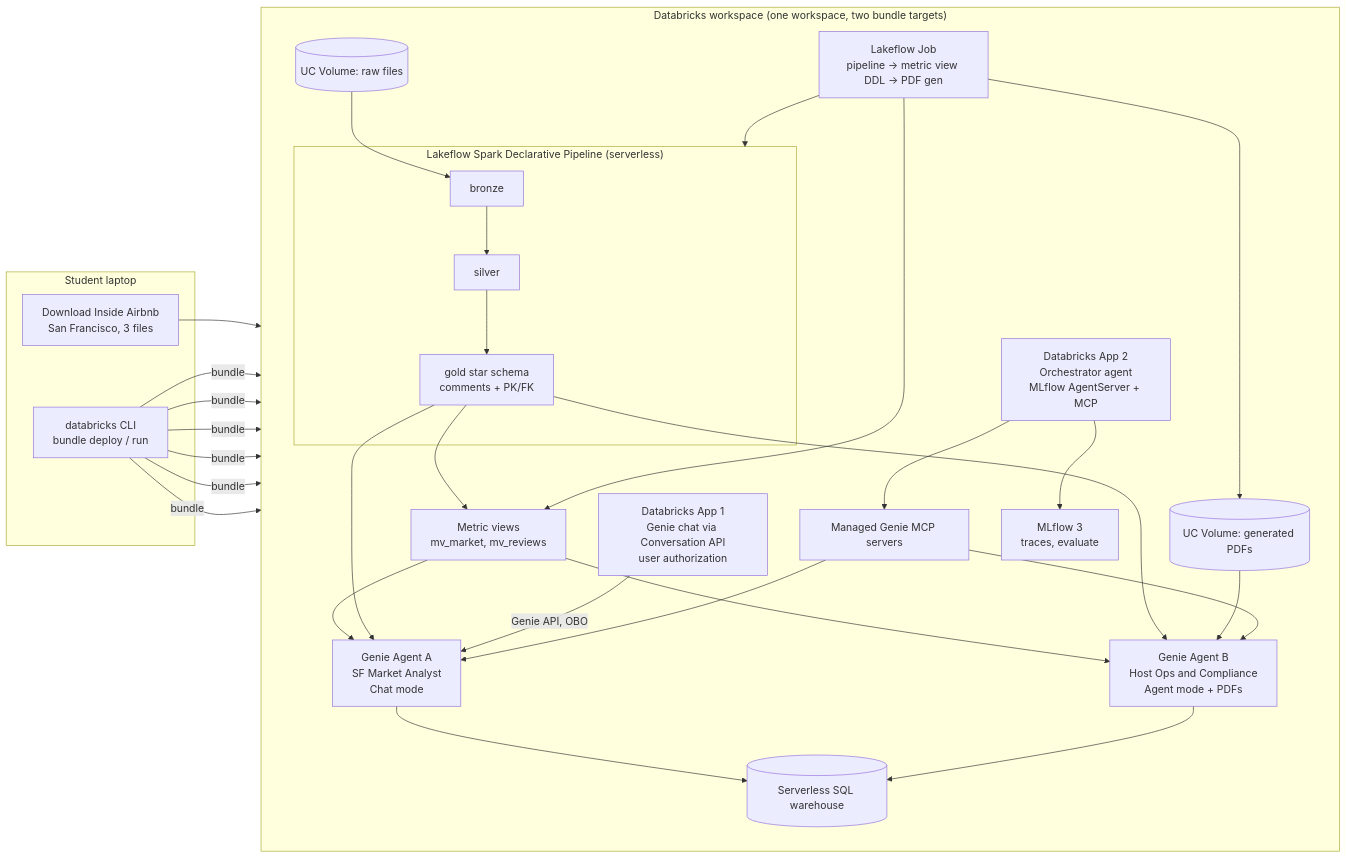
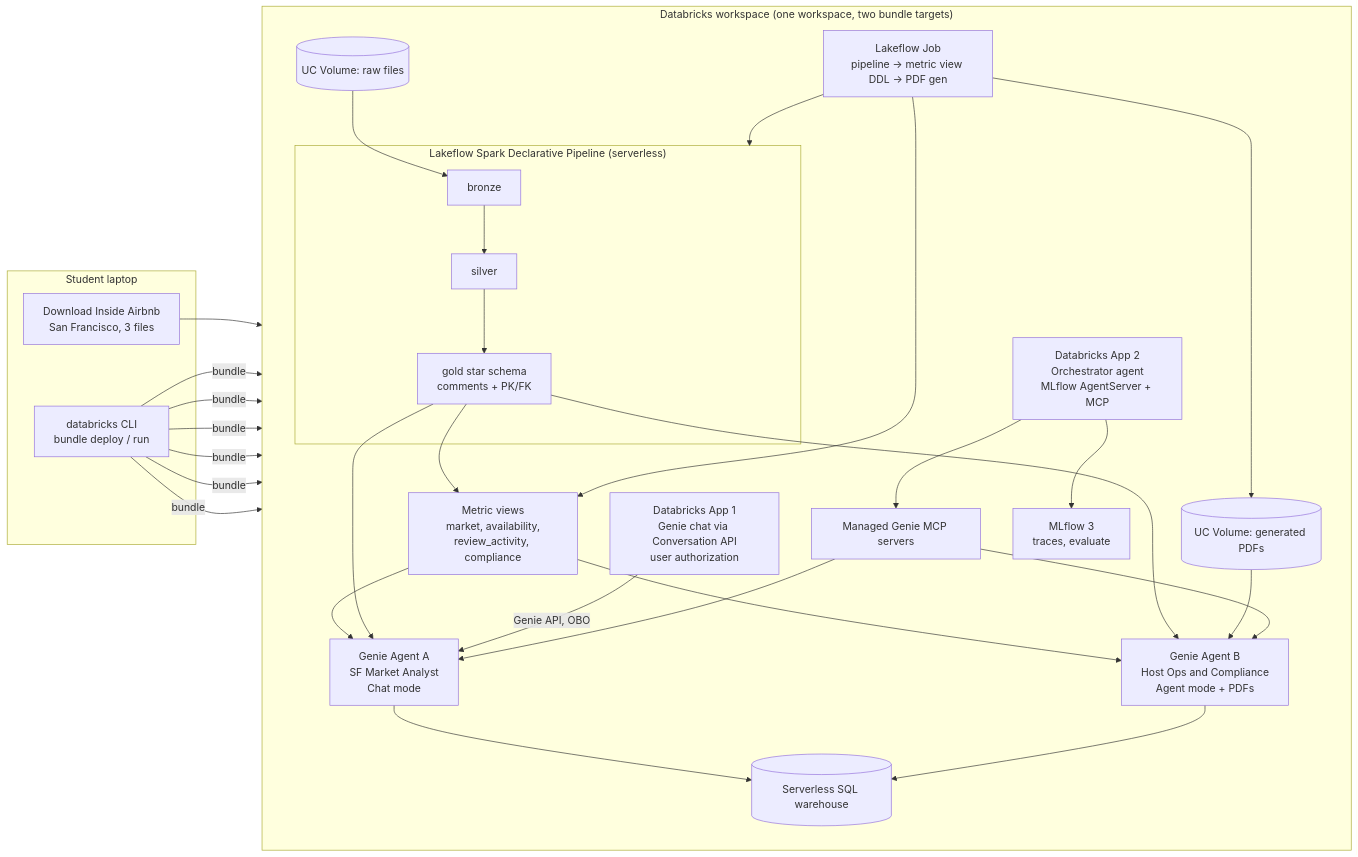
The diagram in docs/01-requirements-and-risks.md (zoltanctoth/databricks-genie-in-production), drawn with Mermaid before and after one commit. The commit also changed other lines of this file and 14 other files, not shown here.

First line of the commit message:
Add architecture spec, silver layer, bronze SQL rewrite and per-target volumes

````diff
--- a/docs/01-requirements-and-risks.md
+++ b/docs/01-requirements-and-risks.md
@@ -149,38 +149,38 @@
 ```mermaid
 flowchart LR
   subgraph Student["Student laptop"]
     DL[Download Inside Airbnb<br/>San Francisco, 3 files]
     CLI[databricks CLI<br/>bundle deploy / run]
   end
 
   subgraph WS["Databricks workspace (one workspace, two bundle targets)"]
     direction TB
     VOL[(UC Volume: raw files)]
     PDFVOL[(UC Volume: generated PDFs)]
     subgraph PIPE["Lakeflow Spark Declarative Pipeline (serverless)"]
       B[bronze] --> S[silver] --> G[gold star schema<br/>comments + PK/FK]
     end
-    MV[Metric views<br/>mv_market, mv_reviews]
+    MV[Metric views<br/>market, availability,<br/>review_activity, compliance]
     JOB[Lakeflow Job<br/>pipeline -> metric view DDL -> PDF gen]
     GA[Genie Agent A<br/>SF Market Analyst<br/>Chat mode]
     GB[Genie Agent B<br/>Host Ops and Compliance<br/>Agent mode + PDFs]
     APP1[Databricks App 1<br/>Genie chat via Conversation API<br/>user authorization]
     APP2[Databricks App 2<br/>Orchestrator agent<br/>MLflow AgentServer + MCP]
     MCP[Managed Genie MCP servers]
     MLF[MLflow 3<br/>traces, evaluate]
     WH[(Serverless SQL warehouse)]
   end
 
   DL --> VOL
   CLI -->|bundle| PIPE & JOB & GA & GB & APP1 & APP2
   VOL --> B
   G --> MV
   JOB --> PIPE & MV & PDFVOL
   MV --> GA & GB
   G --> GA & GB
   PDFVOL --> GB
   GA & GB --> WH
   APP1 -->|Genie API, OBO| GA
   APP2 --> MCP --> GA & GB
   APP2 --> MLF
 ```
````
